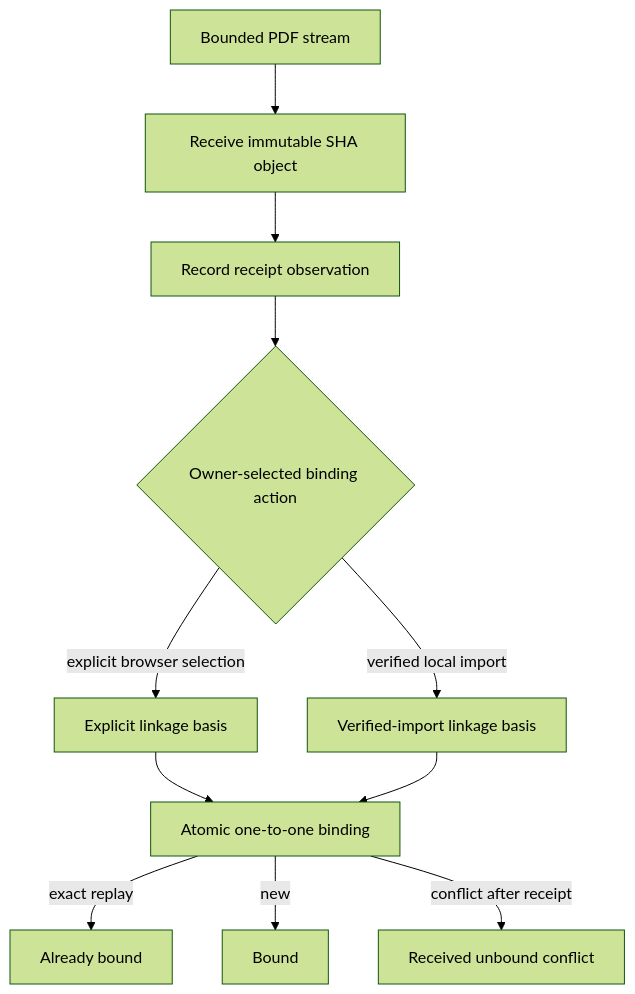
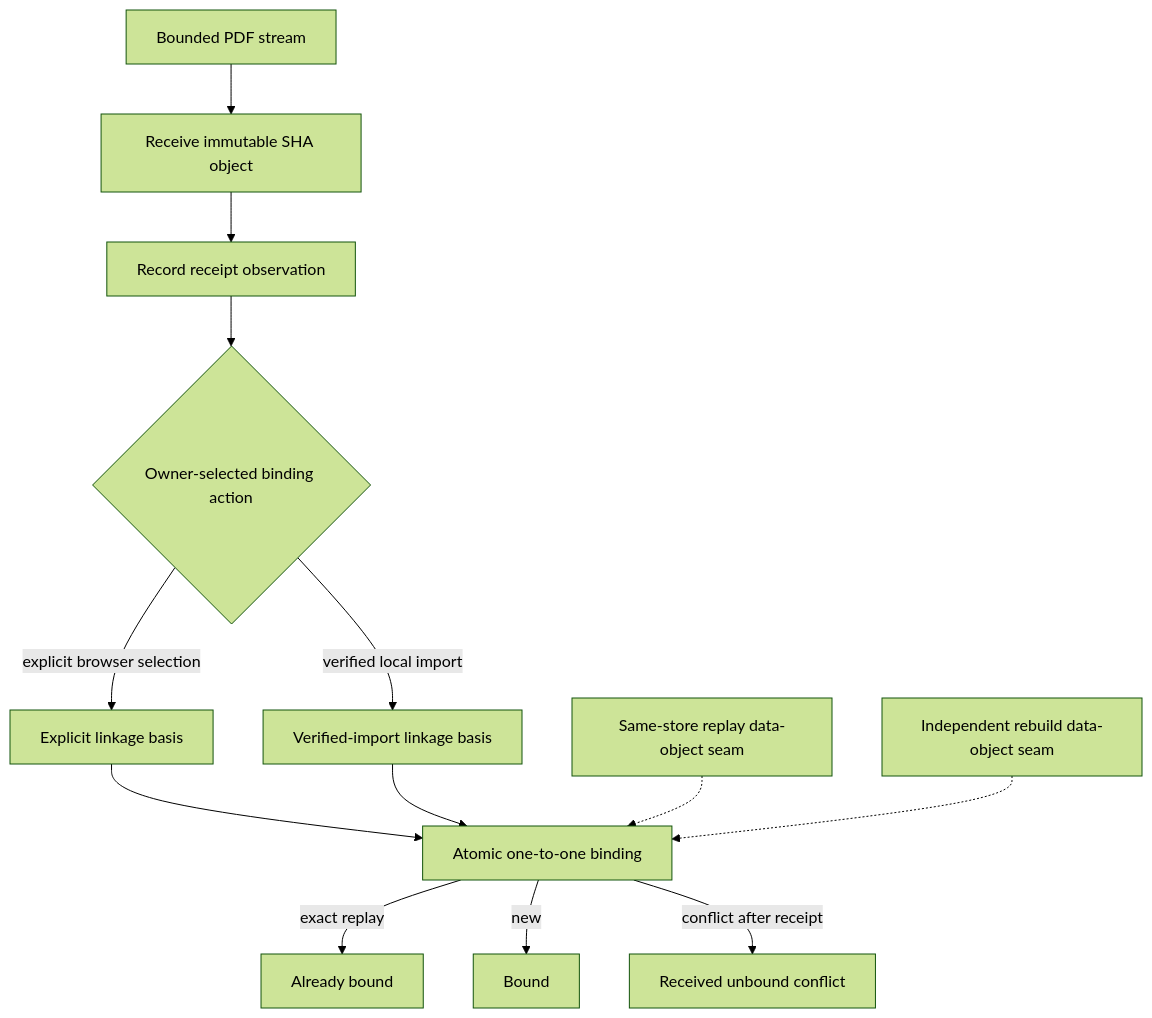
Before and after one commit to eragasa/projectkoios-references: the diagram in docs/architecture/projectkoios/references/document_reference/implementation.md, drawn with Mermaid (forest theme). The commit also changed other lines of this file and 13 other files, not shown here.

Commit message:
add document reference replay data object seams

````diff
--- a/docs/architecture/projectkoios/references/document_reference/implementation.md
+++ b/docs/architecture/projectkoios/references/document_reference/implementation.md
@@ -19,13 +27,15 @@
 ```mermaid
 flowchart TD
     U[Bounded PDF stream] --> R[Receive immutable SHA object]
     R --> O[Record receipt observation]
     O --> B{Owner-selected binding action}
     B -->|explicit browser selection| E[Explicit linkage basis]
     B -->|verified local import| V[Verified-import linkage basis]
     E --> A[Atomic one-to-one binding]
     V --> A
     A -->|exact replay| I[Already bound]
     A -->|new| N[Bound]
     A -->|conflict after receipt| C[Received unbound conflict]
+    S[Same-store replay data-object seam] -.-> A
+    D[Independent rebuild data-object seam] -.-> A
 ```
````
